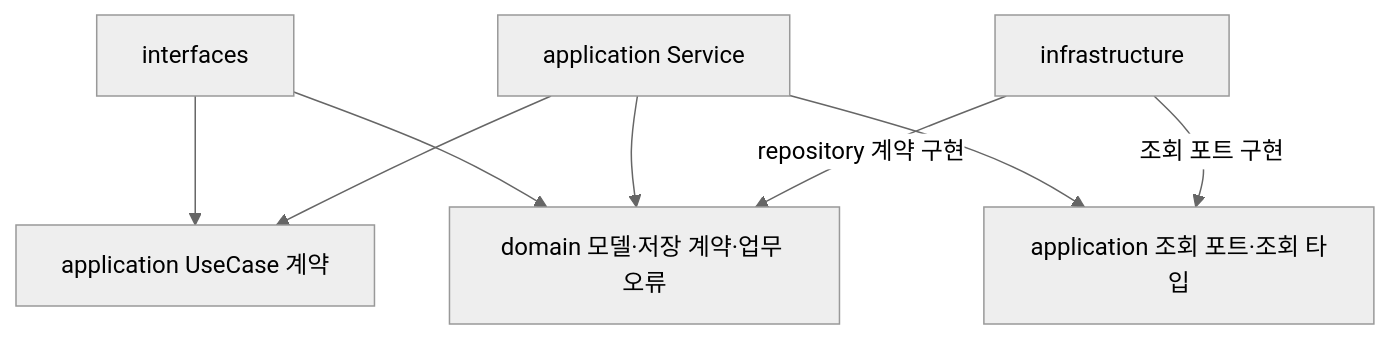
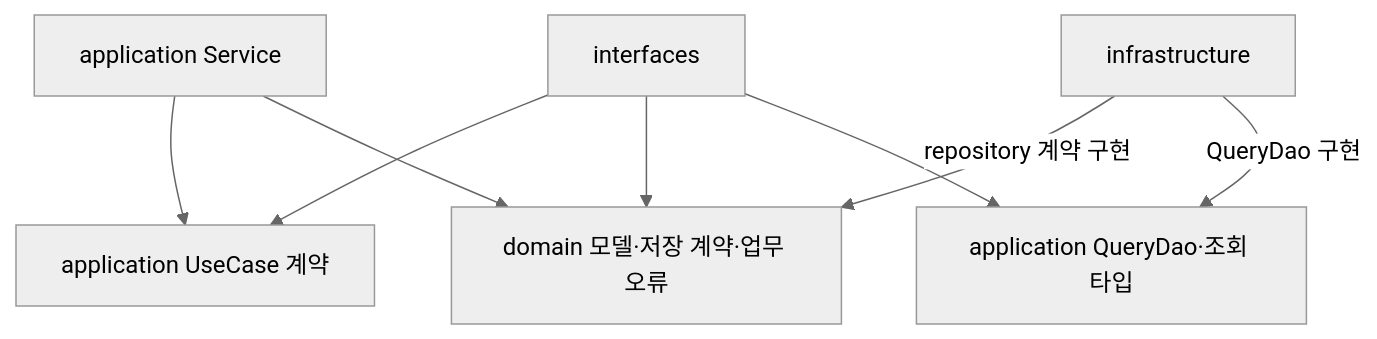
Before and after one commit to corinB/loop-pack-be-l2-vol5-java: the second of 3 diagrams in docs/week2/08-birdseye.md, drawn with Mermaid (neutral theme). The commit also changed other lines of this file and 12 other files, not shown here.

````diff
--- a/docs/week2/08-birdseye.md
+++ b/docs/week2/08-birdseye.md
@@ -31,10 +31,10 @@
 ```mermaid
 flowchart TB
     I[interfaces] --> U[application UseCase 계약]
     A[application Service] --> U
     I --> D[domain 모델·저장 계약·업무 오류]
     A --> D
-    A --> Q[application 조회 포트·조회 타입]
+    I --> Q[application QueryDao·조회 타입]
     INF[infrastructure] -->|repository 계약 구현| D
-    INF -->|조회 포트 구현| Q
+    INF -->|QueryDao 구현| Q
 ```
````
